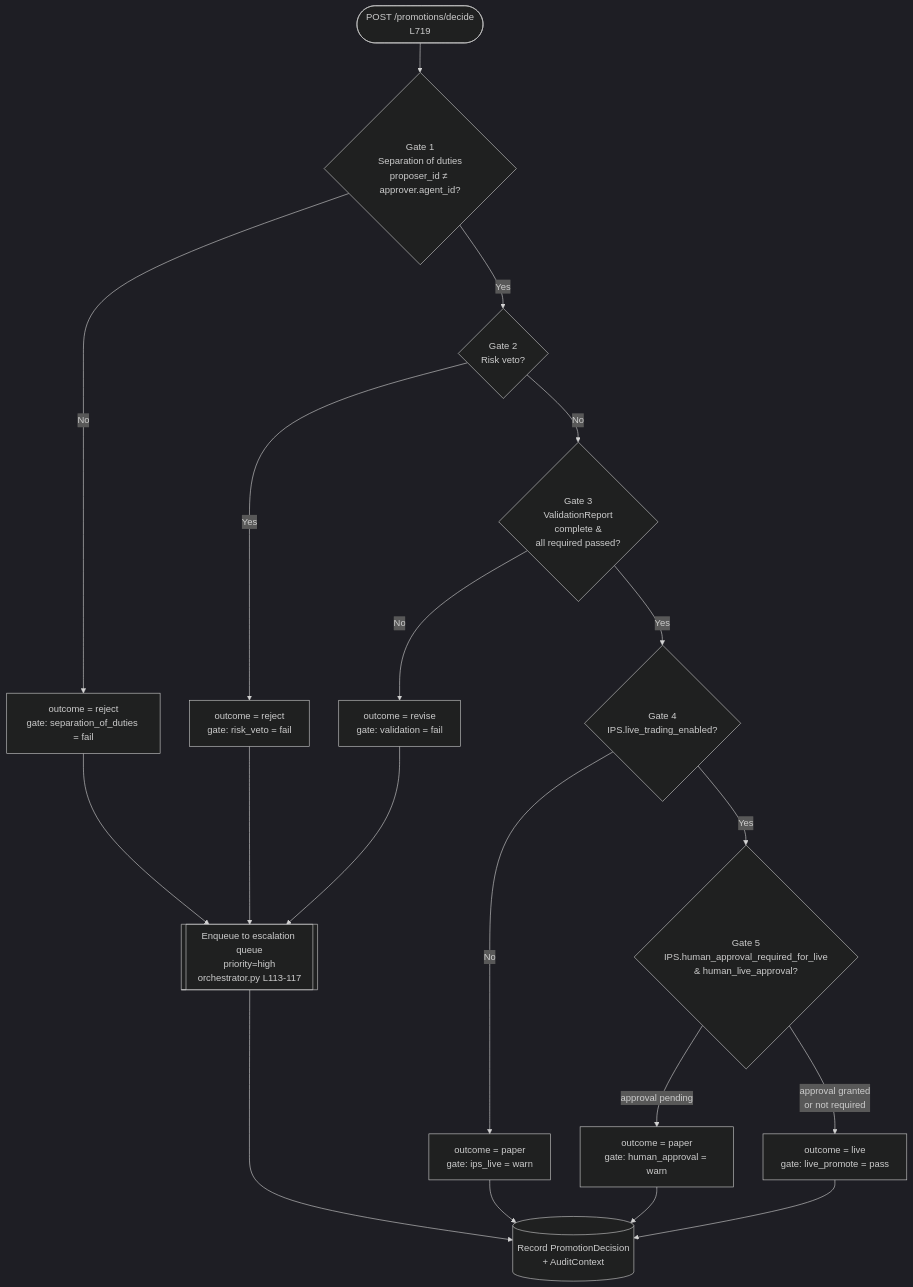
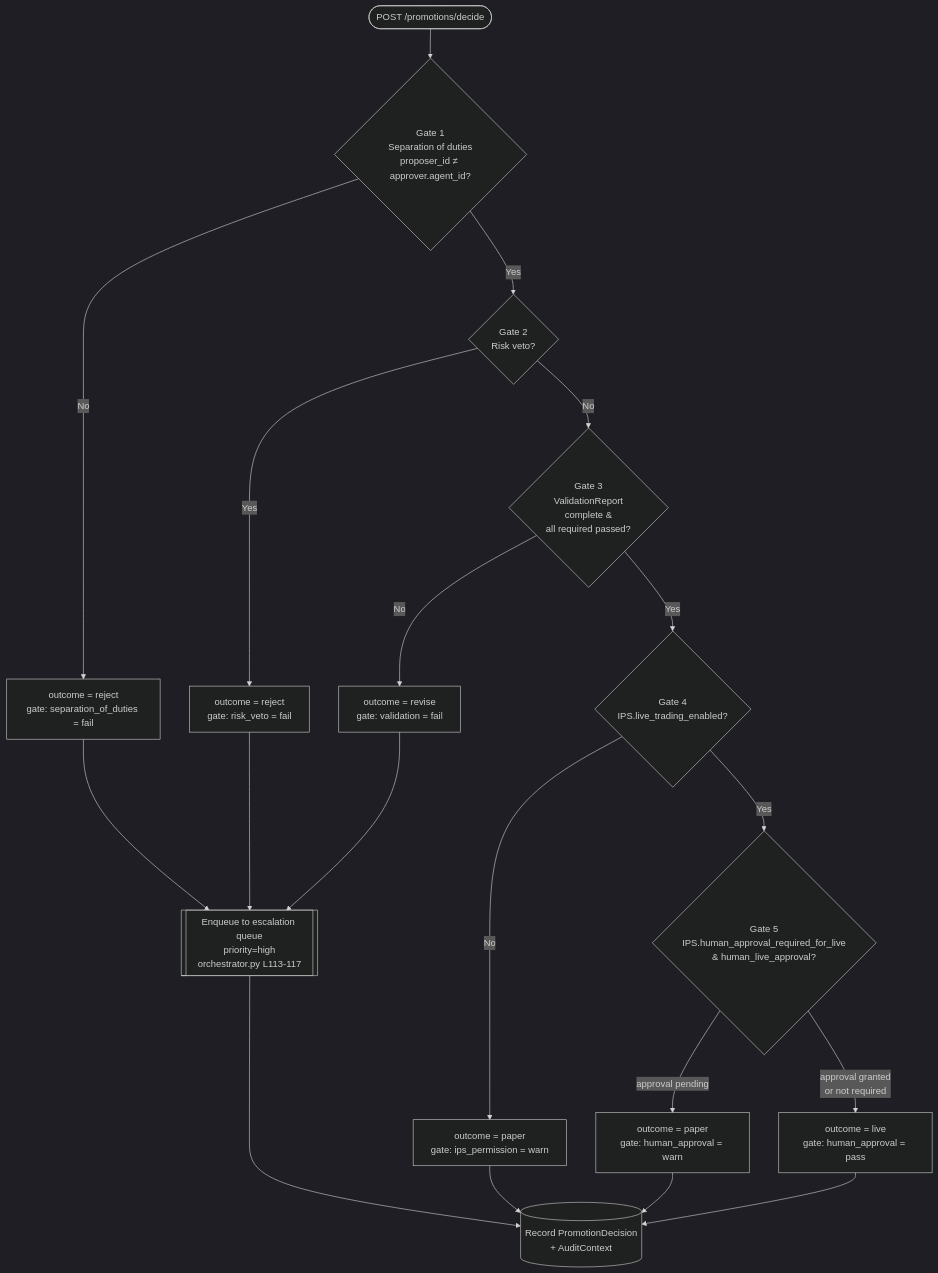
The third of 4 diagrams in backend/agents/investment_team/system_design/flow_charts.md (brandonkindred/Khala-Agentic-AI-Teams), drawn with Mermaid (dark theme) before and after one commit. The commit also changed other lines of this file and 20 other files, not shown here.

First line of the commit message:
docs(investment): sync Strategy Lab architecture docs with current pipeline (#7177)

````diff
--- a/backend/agents/investment_team/system_design/flow_charts.md
+++ b/backend/agents/investment_team/system_design/flow_charts.md
@@ -179,22 +231,22 @@
 ```mermaid
 flowchart TD
-    START([POST /promotions/decide<br/>L719]) --> G1{Gate 1<br/>Separation of duties<br/>proposer_id ≠ approver.agent_id?}
+    START([POST /promotions/decide]) --> G1{Gate 1<br/>Separation of duties<br/>proposer_id ≠ approver.agent_id?}
     G1 -- No --> REJ1[outcome = reject<br/>gate: separation_of_duties = fail]
     G1 -- Yes --> G2{Gate 2<br/>Risk veto?}
     G2 -- Yes --> REJ2[outcome = reject<br/>gate: risk_veto = fail]
     G2 -- No --> G3{Gate 3<br/>ValidationReport<br/>complete &<br/>all required passed?}
     G3 -- No --> REV[outcome = revise<br/>gate: validation = fail]
     G3 -- Yes --> G4{Gate 4<br/>IPS.live_trading_enabled?}
-    G4 -- No --> PAP1[outcome = paper<br/>gate: ips_live = warn]
+    G4 -- No --> PAP1[outcome = paper<br/>gate: ips_permission = warn]
     G4 -- Yes --> G5{Gate 5<br/>IPS.human_approval_required_for_live<br/>&amp; human_live_approval?}
     G5 -- approval pending --> PAP2[outcome = paper<br/>gate: human_approval = warn]
-    G5 -- approval granted<br/>or not required --> LIVE[outcome = live<br/>gate: live_promote = pass]
+    G5 -- approval granted<br/>or not required --> LIVE[outcome = live<br/>gate: human_approval = pass]
 
     REJ1 --> ESC[[Enqueue to escalation queue<br/>priority=high<br/>orchestrator.py L113-117]]
     REJ2 --> ESC
     REV --> ESC
     PAP1 --> AUD[(Record PromotionDecision<br/>+ AuditContext)]
     PAP2 --> AUD
     LIVE --> AUD
     ESC --> AUD
 ```
````
